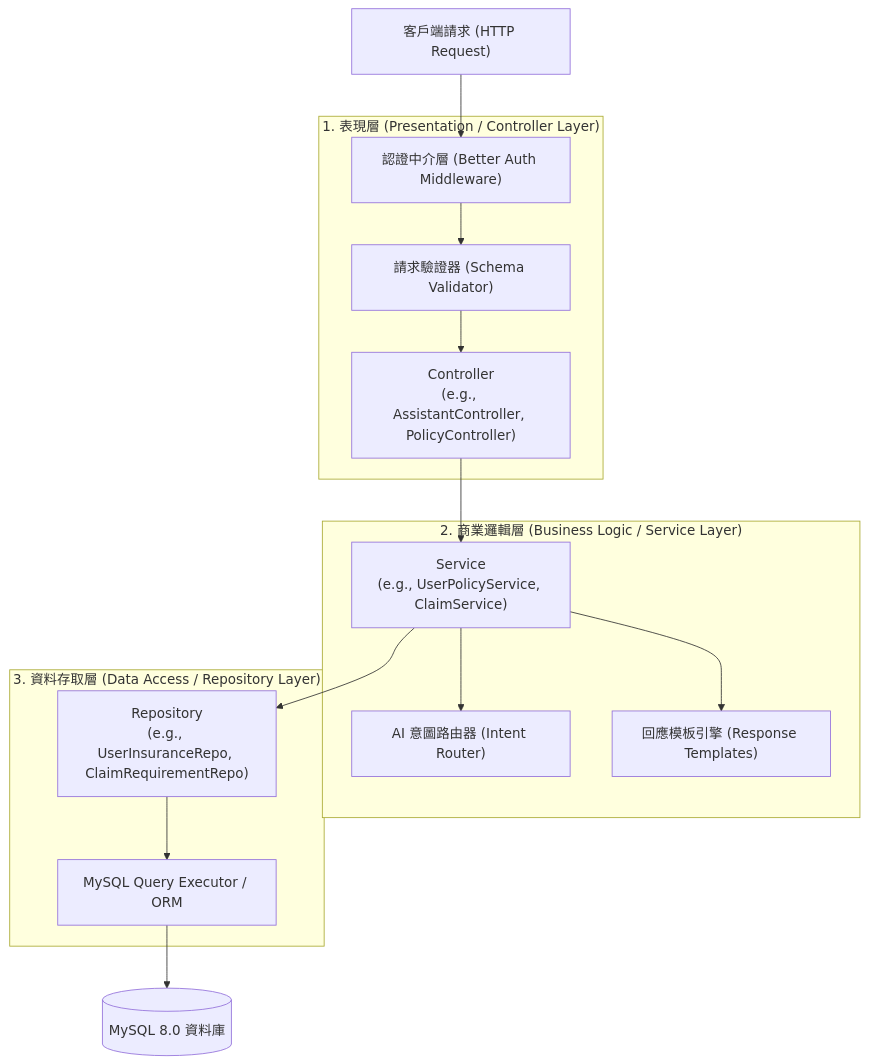
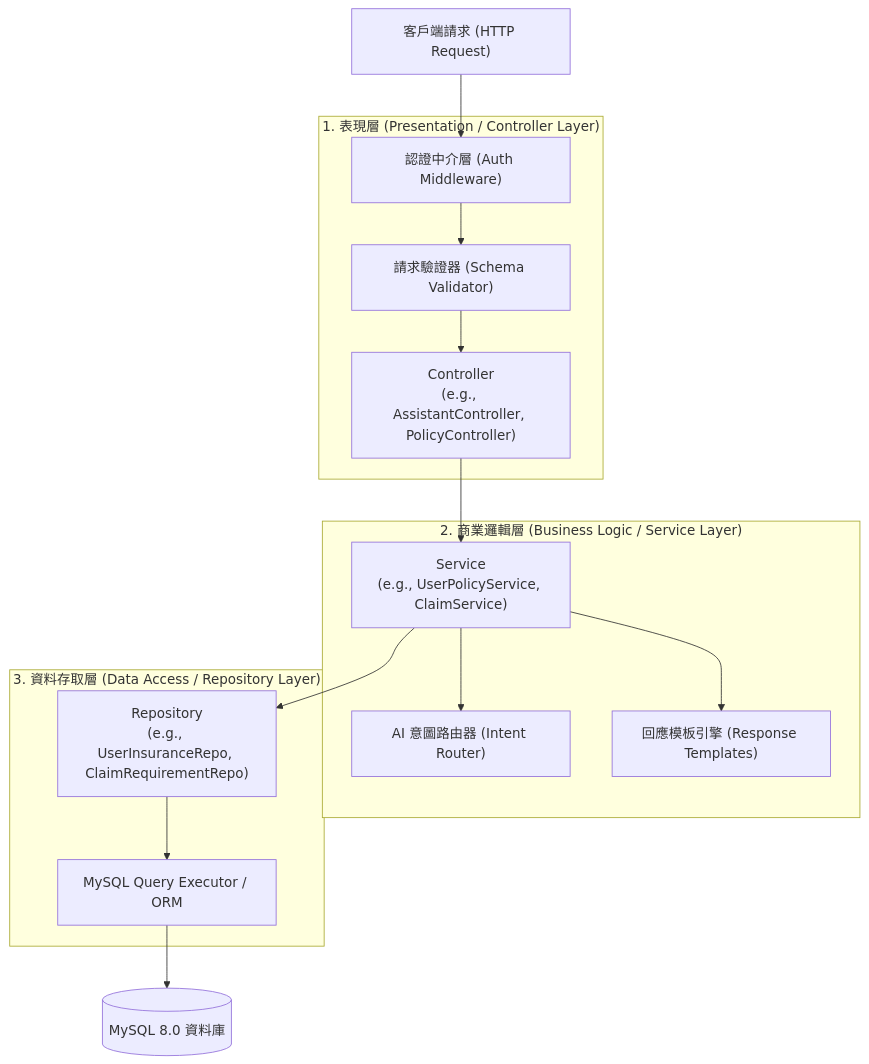
Before and after one commit to woody1234567/insuranceAssistance: the second of 2 diagrams in spec/devPrincipal/01-architecture.md, drawn with Mermaid. The commit also changed other lines of this file and 33 other files, not shown here.

````diff
--- a/spec/devPrincipal/01-architecture.md
+++ b/spec/devPrincipal/01-architecture.md
@@ -56,33 +56,33 @@
 ```mermaid
 flowchart TD
     Client["客戶端請求 (HTTP Request)"]
 
     subgraph PresentationTier ["1. 表現層 (Presentation / Controller Layer)"]
         Controller["Controller<br/>(e.g., AssistantController, PolicyController)"]
         Validator["請求驗證器 (Schema Validator)"]
-        AuthMiddleware["認證中介層 (Better Auth Middleware)"]
+        AuthMiddleware["認證中介層 (Auth Middleware)"]
     end
 
     subgraph BusinessTier ["2. 商業邏輯層 (Business Logic / Service Layer)"]
         Service["Service<br/>(e.g., UserPolicyService, ClaimService)"]
         AIOrchestrator["AI 意圖路由器 (Intent Router)"]
         TemplateEngine["回應模板引擎 (Response Templates)"]
     end
 
     subgraph DataAccessTier ["3. 資料存取層 (Data Access / Repository Layer)"]
         Repository["Repository<br/>(e.g., UserInsuranceRepo, ClaimRequirementRepo)"]
         QueryBuilder["MySQL Query Executor / ORM"]
     end
 
     Database[("MySQL 8.0 資料庫")]
 
     Client --> AuthMiddleware
     AuthMiddleware --> Validator
     Validator --> Controller
     Controller --> Service
     Service --> AIOrchestrator
     Service --> TemplateEngine
     Service --> Repository
     Repository --> QueryBuilder
     QueryBuilder --> Database
 ```
````
